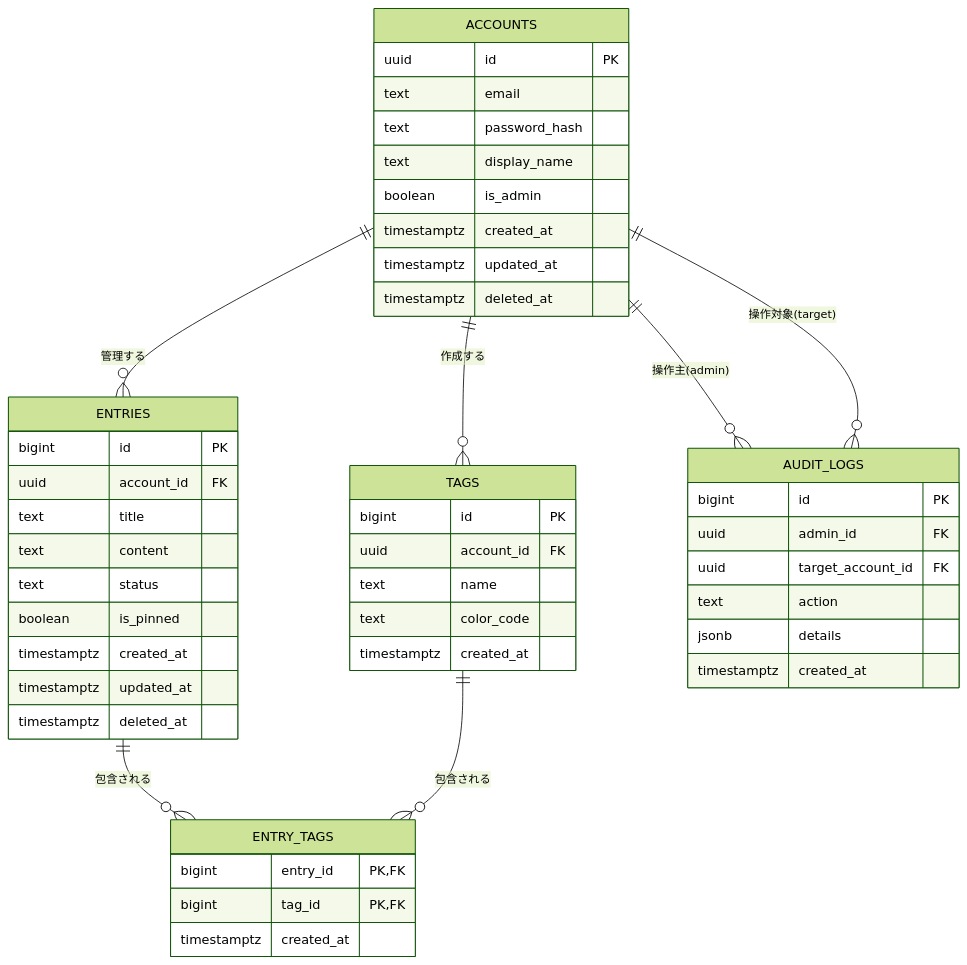
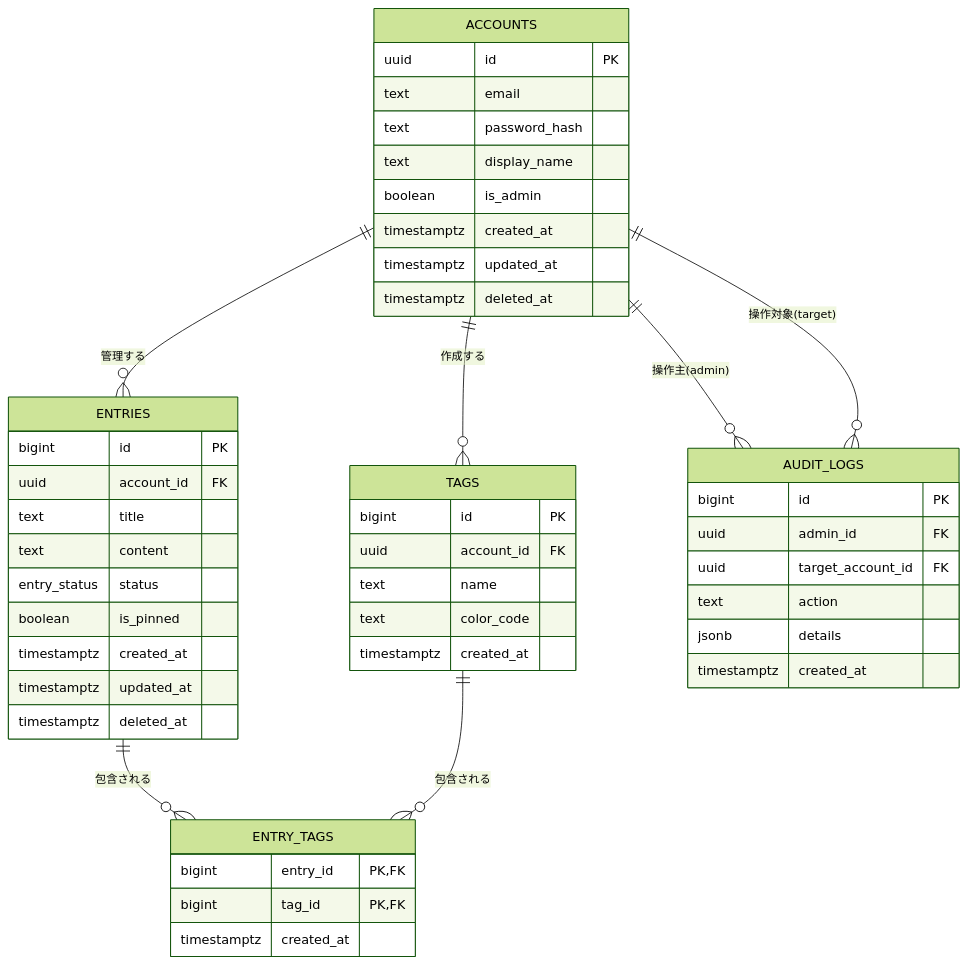
Before and after one commit to gae-22/note-gae-jp: the diagram in README.md, drawn with Mermaid (forest theme). The commit also changed other lines of this file, not shown here.

First line of the commit message:
Enhance README and add entry_status ENUM definition

````diff
--- a/README.md
+++ b/README.md
@@ -286,57 +292,57 @@
 ```mermaid
 erDiagram
     %% IDEF1X: Entities and Relationships
     ACCOUNTS ||--o{ ENTRIES : "管理する"
     ACCOUNTS ||--o{ TAGS : "作成する"
     ACCOUNTS ||--o{ AUDIT_LOGS : "操作主(admin)"
     ACCOUNTS ||--o{ AUDIT_LOGS : "操作対象(target)"
     
     ENTRIES ||--o{ ENTRY_TAGS : "包含される"
     TAGS ||--o{ ENTRY_TAGS : "包含される"
 
     ACCOUNTS {
         uuid id PK
         text email
         text password_hash
         text display_name
         boolean is_admin
         timestamptz created_at
         timestamptz updated_at
         timestamptz deleted_at
     }
 
     ENTRIES {
         bigint id PK
         uuid account_id FK
         text title
         text content
-        text status
+        entry_status status
         boolean is_pinned
         timestamptz created_at
         timestamptz updated_at
         timestamptz deleted_at
     }
 
     TAGS {
         bigint id PK
         uuid account_id FK
         text name
         text color_code
         timestamptz created_at
     }
 
     ENTRY_TAGS {
         bigint entry_id PK, FK
         bigint tag_id PK, FK
         timestamptz created_at
     }
 
     AUDIT_LOGS {
         bigint id PK
         uuid admin_id FK
         uuid target_account_id FK
         text action
         jsonb details
         timestamptz created_at
     }
 ```
````
